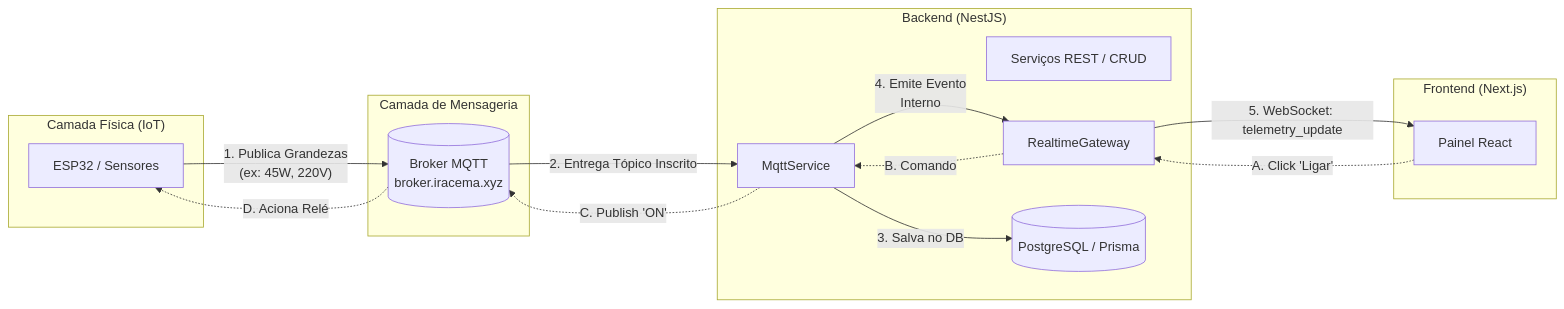
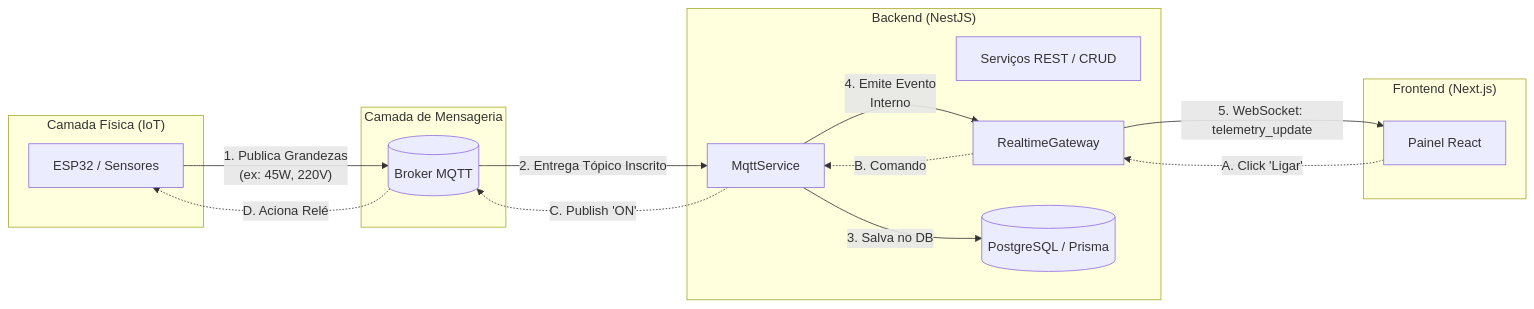
The diagram in README.md (LeviOlii/smart-rental-home), drawn with Mermaid before and after one commit.

Commit message:
fix: readme details

````diff
--- a/README.md
+++ b/README.md
@@ -32,29 +32,29 @@
 ```mermaid
 flowchart LR
     subgraph "Camada Física (IoT)"
         ESP[ESP32 / Sensores]
     end
     subgraph "Camada de Mensageria"
-        Broker[(Broker MQTT \n broker.iracema.xyz)]
+        Broker[(Broker MQTT \n)]
     end
     subgraph "Backend (NestJS)"
         API[Serviços REST / CRUD]
         MQTT[MqttService]
         WS[RealtimeGateway]
         DB[(PostgreSQL / Prisma)]
     end
     subgraph "Frontend (Next.js)"
         UI[Painel React]
     end
 
     ESP -- "1. Publica Grandezas \n(ex: 45W, 220V)" --> Broker
     Broker -- "2. Entrega Tópico Inscrito" --> MQTT
     MQTT -- "3. Salva no DB" --> DB
     MQTT -- "4. Emite Evento \n Interno" --> WS
     WS -- "5. WebSocket: telemetry_update" --> UI
     
     UI -. "A. Click 'Ligar'" .-> WS
     WS -. "B. Comando" .-> MQTT
     MQTT -. "C. Publish 'ON'" .-> Broker
     Broker -. "D. Aciona Relé" .-> ESP
 ```
````
